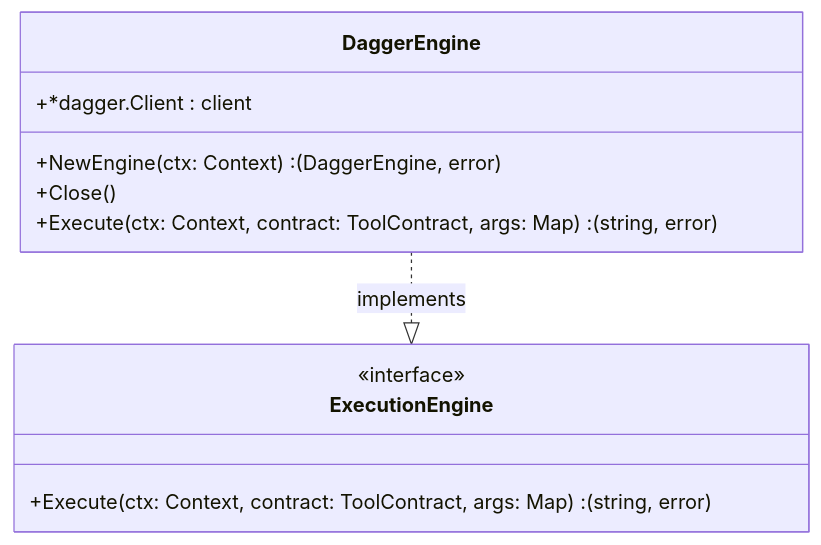
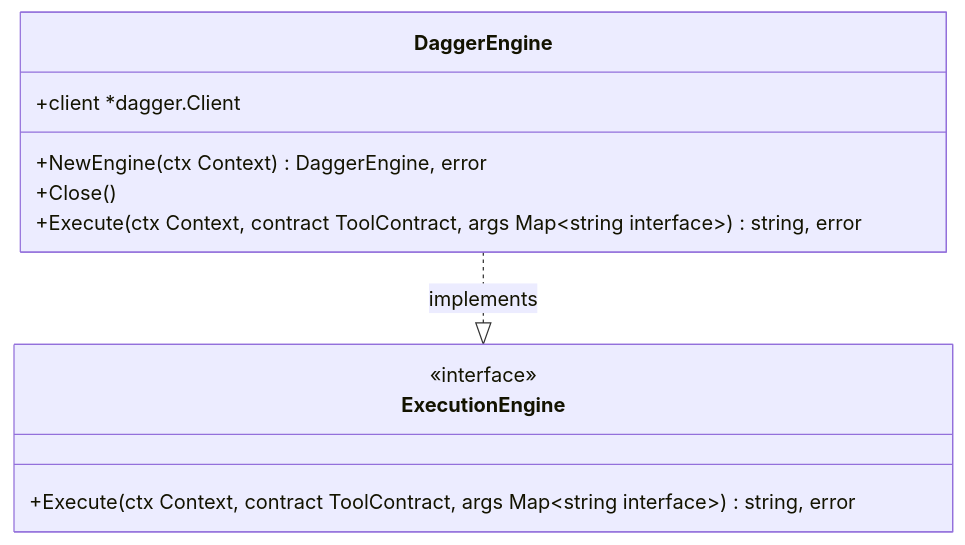
The third of 6 diagrams in docs/Architecture Overview/Execution Engine Abstraction/Dagger Execution Engine.md (prxs-ai/praxis-go-sdk), drawn with Mermaid before and after one commit. The commit also changed other lines of this file and 33 other files, not shown here.

````diff
--- a/docs/Architecture Overview/Execution Engine Abstraction/Dagger Execution Engine.md
+++ b/docs/Architecture Overview/Execution Engine Abstraction/Dagger Execution Engine.md
@@ -126,14 +126,14 @@
 ```mermaid
 classDiagram
 class DaggerEngine {
-+*dagger.Client : client
-+NewEngine(ctx: Context) : (DaggerEngine, error)
++client *dagger.Client
++NewEngine(ctx Context) DaggerEngine, error
 +Close()
-+Execute(ctx: Context, contract: ToolContract, args: Map<string, interface>) : (string, error)
++Execute(ctx Context, contract ToolContract, args Map~string interface~) string, error
 }
 class ExecutionEngine {
 <<interface>>
-+Execute(ctx: Context, contract: ToolContract, args: Map<string, interface>) : (string, error)
++Execute(ctx Context, contract ToolContract, args Map~string interface~) string, error
 }
 DaggerEngine ..|> ExecutionEngine : implements
 ```
````
